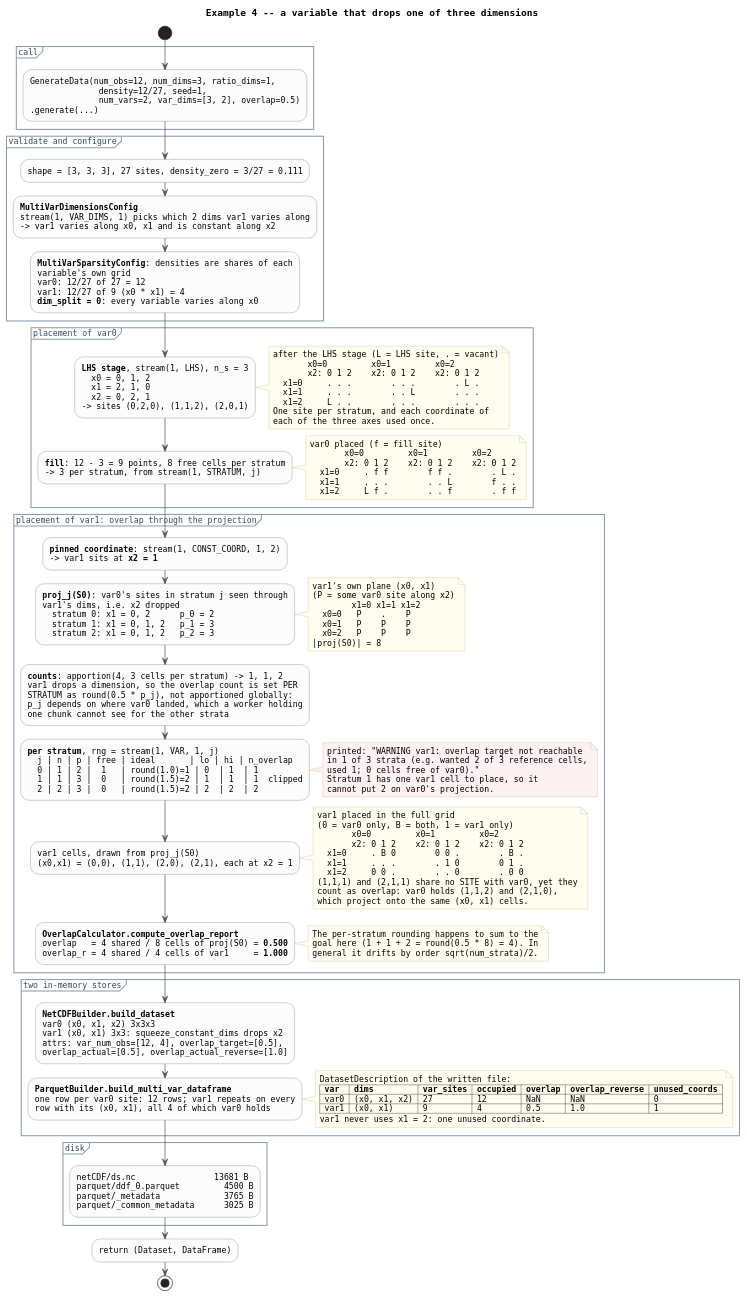
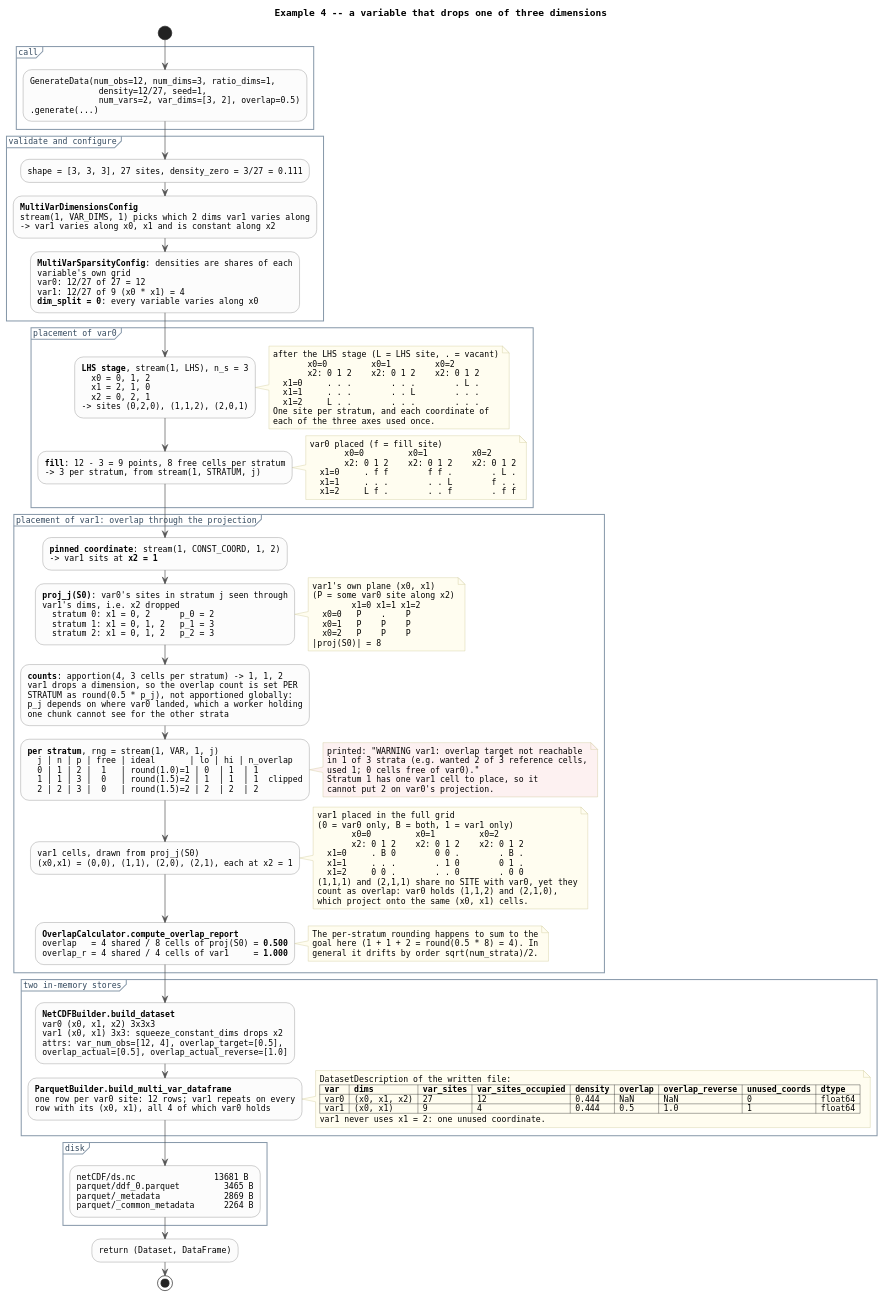
One commit to boom-lab/tabray changed the diagram in docs/dataflow_example_drop_dim_3d.puml. Above: the diagram before and after it, drawn with PlantUML. The commit also changed 6 other files, not shown here.

```diff
--- a/docs/dataflow_example_drop_dim_3d.puml
+++ b/docs/dataflow_example_drop_dim_3d.puml
@@ -1,171 +1,171 @@
 @startuml dataflow_example_drop_dim_3d
 ' Worked example: two variables on a 3x3x3 grid, the second varying along
 ' two of the three dimensions. Every number here is from an actual run.
 ' Grids: one panel per x0 (= stratum), rows x1, columns x2, index space.
 ' Render: plantuml docs/dataflow_example_drop_dim_3d.puml
 
 title Example 4 -- a variable that drops one of three dimensions
 
 skinparam shadowing false
 skinparam defaultFontName Monospaced
 skinparam defaultFontSize 12
 skinparam ArrowColor #555555
 skinparam activity {
   BackgroundColor #FCFCFC
   BorderColor #777777
   DiamondBackgroundColor #F2F2F2
 }
 skinparam partition {
   BorderColor #8899AA
   FontColor #33495E
 }
 skinparam note {
   BackgroundColor #FFFDF0
   BorderColor #C8C08A
 }
 
 start
 
 partition "call" {
   :GenerateData(num_obs=12, num_dims=3, ratio_dims=1,
                 density=12/27, seed=1,
                 num_vars=2, var_dims=[3, 2], overlap=0.5)
   .generate(...);
 }
 
 partition "validate and configure" {
   :shape = [3, 3, 3], 27 sites, density_zero = 3/27 = 0.111;
 
   :<b>MultiVarDimensionsConfig</b>
   stream(1, VAR_DIMS, 1) picks which 2 dims var1 varies along
   -> var1 varies along x0, x1 and is constant along x2;
 
   :<b>MultiVarSparsityConfig</b>: densities are shares of each
   variable's own grid
   var0: 12/27 of 27 = 12
   var1: 12/27 of 9 (x0 * x1) = 4
   <b>dim_split = 0</b>: every variable varies along x0;
 }
 
 partition "placement of var0" {
   :<b>LHS stage</b>, stream(1, LHS), n_s = 3
     x0 = 0, 1, 2
     x1 = 2, 1, 0
     x2 = 0, 2, 1
   -> sites (0,2,0), (1,1,2), (2,0,1);
   note right
     after the LHS stage (L = LHS site, . = vacant)
            x0=0         x0=1         x0=2
            x2: 0 1 2    x2: 0 1 2    x2: 0 1 2
       x1=0     . . .        . . .        . L .
       x1=1     . . .        . . L        . . .
       x1=2     L . .        . . .        . . .
     One site per stratum, and each coordinate of
     each of the three axes used once.
   end note
 
   :<b>fill</b>: 12 - 3 = 9 points, 8 free cells per stratum
   -> 3 per stratum, from stream(1, STRATUM, j);
   note right
     var0 placed (f = fill site)
            x0=0         x0=1         x0=2
            x2: 0 1 2    x2: 0 1 2    x2: 0 1 2
       x1=0     . f f        f f .        . L .
       x1=1     . . .        . . L        f . .
       x1=2     L f .        . . f        . f f
   end note
 }
 
 partition "placement of var1: overlap through the projection" {
   :<b>pinned coordinate</b>: stream(1, CONST_COORD, 1, 2)
   -> var1 sits at <b>x2 = 1</b>;
 
   :<b>proj_j(S0)</b>: var0's sites in stratum j seen through
   var1's dims, i.e. x2 dropped
     stratum 0: x1 = 0, 2      p_0 = 2
     stratum 1: x1 = 0, 1, 2   p_1 = 3
     stratum 2: x1 = 0, 1, 2   p_2 = 3;
   note right
     var1's own plane (x0, x1)
     (P = some var0 site along x2)
             x1=0 x1=1 x1=2
       x0=0   P    .    P
       x0=1   P    P    P
       x0=2   P    P    P
     |proj(S0)| = 8
   end note
 
   :<b>counts</b>: apportion(4, 3 cells per stratum) -> 1, 1, 2
   var1 drops a dimension, so the overlap count is set PER
   STRATUM as round(0.5 * p_j), not apportioned globally:
   p_j depends on where var0 landed, which a worker holding
   one chunk cannot see for the other strata;
 
   :<b>per stratum</b>, rng = stream(1, VAR, 1, j)
     j | n | p | free | ideal       | lo | hi | n_overlap
     0 | 1 | 2 |  1   | round(1.0)=1 | 0  | 1  | 1
     1 | 1 | 3 |  0   | round(1.5)=2 | 1  | 1  | 1  clipped
     2 | 2 | 3 |  0   | round(1.5)=2 | 2  | 2  | 2;
   note right #FDF1F1
     printed: "WARNING var1: overlap target not reachable
     in 1 of 3 strata (e.g. wanted 2 of 3 reference cells,
     used 1; 0 cells free of var0)."
     Stratum 1 has one var1 cell to place, so it
     cannot put 2 on var0's projection.
   end note
 
   :var1 cells, drawn from proj_j(S0)
   (x0,x1) = (0,0), (1,1), (2,0), (2,1), each at x2 = 1;
   note right
     var1 placed in the full grid
     (0 = var0 only, B = both, 1 = var1 only)
            x0=0         x0=1         x0=2
            x2: 0 1 2    x2: 0 1 2    x2: 0 1 2
       x1=0     . B 0        0 0 .        . B .
       x1=1     . . .        . 1 0        0 1 .
       x1=2     0 0 .        . . 0        . 0 0
     (1,1,1) and (2,1,1) share no SITE with var0, yet they
     count as overlap: var0 holds (1,1,2) and (2,1,0),
     which project onto the same (x0, x1) cells.
   end note
 
   :<b>OverlapCalculator.compute_overlap_report</b>
   overlap   = 4 shared / 8 cells of proj(S0) = <b>0.500</b>
   overlap_r = 4 shared / 4 cells of var1     = <b>1.000</b>;
   note right
     The per-stratum rounding happens to sum to the
     goal here (1 + 1 + 2 = round(0.5 * 8) = 4). In
     general it drifts by order sqrt(num_strata)/2.
   end note
 }
 
 partition "two in-memory stores" {
   :<b>NetCDFBuilder.build_dataset</b>
   var0 (x0, x1, x2) 3x3x3
   var1 (x0, x1) 3x3: squeeze_constant_dims drops x2
   attrs: var_num_obs=[12, 4], overlap_target=[0.5],
   overlap_actual=[0.5], overlap_actual_reverse=[1.0];
 
   :<b>ParquetBuilder.build_multi_var_dataframe</b>
   one row per var0 site: 12 rows; var1 repeats on every
   row with its (x0, x1), all 4 of which var0 holds;
   note right
     DatasetDescription of the written file:
-    |= var |= dims |= var_sites |= occupied |= overlap |= overlap_reverse |= unused_coords |
-    | var0 | (x0, x1, x2) | 27 | 12 | NaN | NaN | 0 |
-    | var1 | (x0, x1) | 9 | 4 | 0.5 | 1.0 | 1 |
+    |= var |= dims |= var_sites |= var_sites_occupied |= density |= overlap |= overlap_reverse |= unused_coords |= dtype |
+    | var0 | (x0, x1, x2) | 27 | 12 | 0.444 | NaN | NaN | 0 | float64 |
+    | var1 | (x0, x1) | 9 | 4 | 0.444 | 0.5 | 1.0 | 1 | float64 |
     var1 never uses x1 = 2: one unused coordinate.
   end note
 }
 
 partition "disk" {
   :netCDF/ds.nc                13681 B
-  parquet/ddf_0.parquet         4500 B
-  parquet/_metadata             3765 B
-  parquet/_common_metadata      3025 B;
+  parquet/ddf_0.parquet         3465 B
+  parquet/_metadata             2869 B
+  parquet/_common_metadata      2264 B;
 }
 
 :return (Dataset, DataFrame);
 stop
 
 @enduml
```
